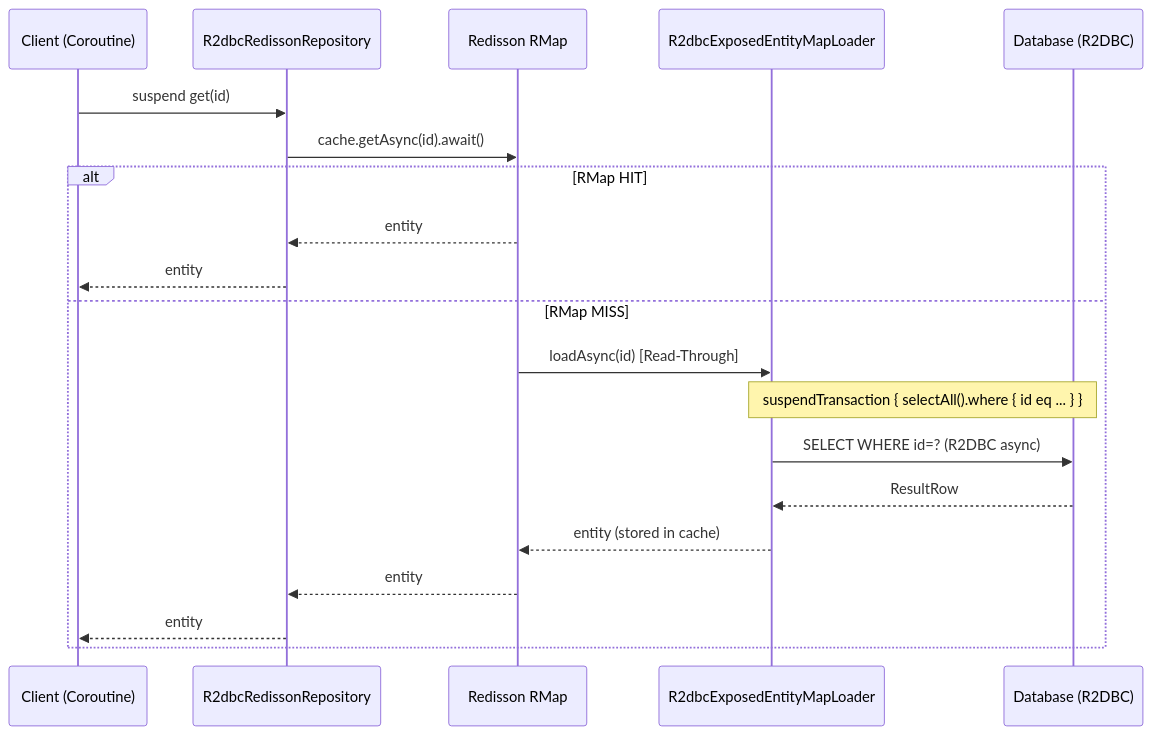
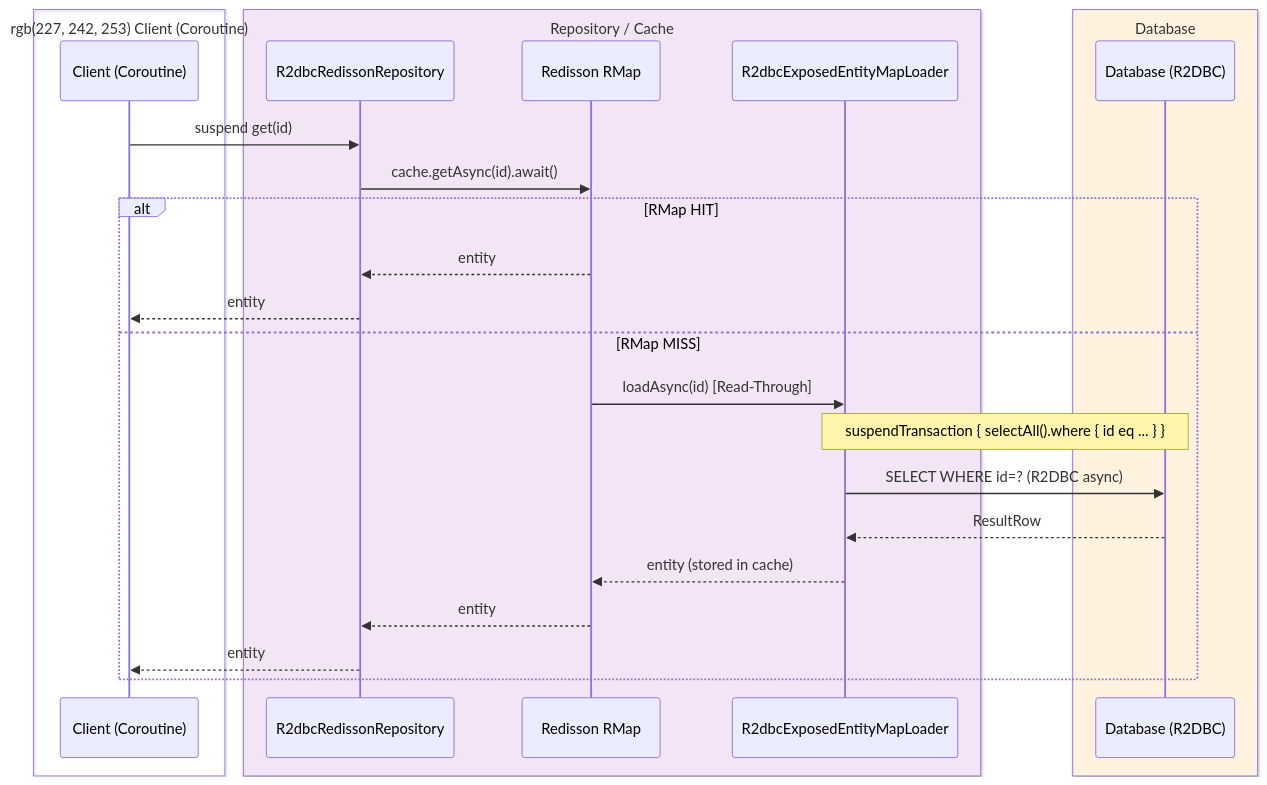
One commit to bluetape4k/bluetape4k-projects changed the third of 5 diagrams in data/exposed-r2dbc-redisson/README.md. Above: the diagram before and after it, drawn with Mermaid. The commit also changed other lines of this file and 221 other files, not shown here.

First line of the commit message:
docs: 전체 모듈 README UML 다이어그램 보강 및 색상 업그레이드

````diff
--- a/data/exposed-r2dbc-redisson/README.md
+++ b/data/exposed-r2dbc-redisson/README.md
@@ -232,22 +241,29 @@
 ```mermaid
 sequenceDiagram
-    participant Client as Client (Coroutine)
-    participant Repo as R2dbcRedissonRepository
-    participant RMap as Redisson RMap
-    participant Loader as R2dbcExposedEntityMapLoader
-    participant DB as Database (R2DBC)
+    box rgb(227, 242, 253) Client (Coroutine)
+        participant Client as Client (Coroutine)
+    end
+    box rgb(243, 229, 245) Repository / Cache
+        participant Repo as R2dbcRedissonRepository
+        participant RMap as Redisson RMap
+        participant Loader as R2dbcExposedEntityMapLoader
+    end
+    box rgb(255, 243, 224) Database
+        participant DB as Database (R2DBC)
+    end
+
     Client ->> Repo: suspend get(id)
     Repo ->> RMap: cache.getAsync(id).await()
     alt RMap HIT
         RMap -->> Repo: entity
         Repo -->> Client: entity
     else RMap MISS
         RMap ->> Loader: loadAsync(id) [Read-Through]
         Note over Loader, DB: suspendTransaction { selectAll().where { id eq ... } }
         Loader ->> DB: SELECT WHERE id=? (R2DBC async)
         DB -->> Loader: ResultRow
         Loader -->> RMap: entity (stored in cache)
         RMap -->> Repo: entity
         Repo -->> Client: entity
     end
 ```
````
